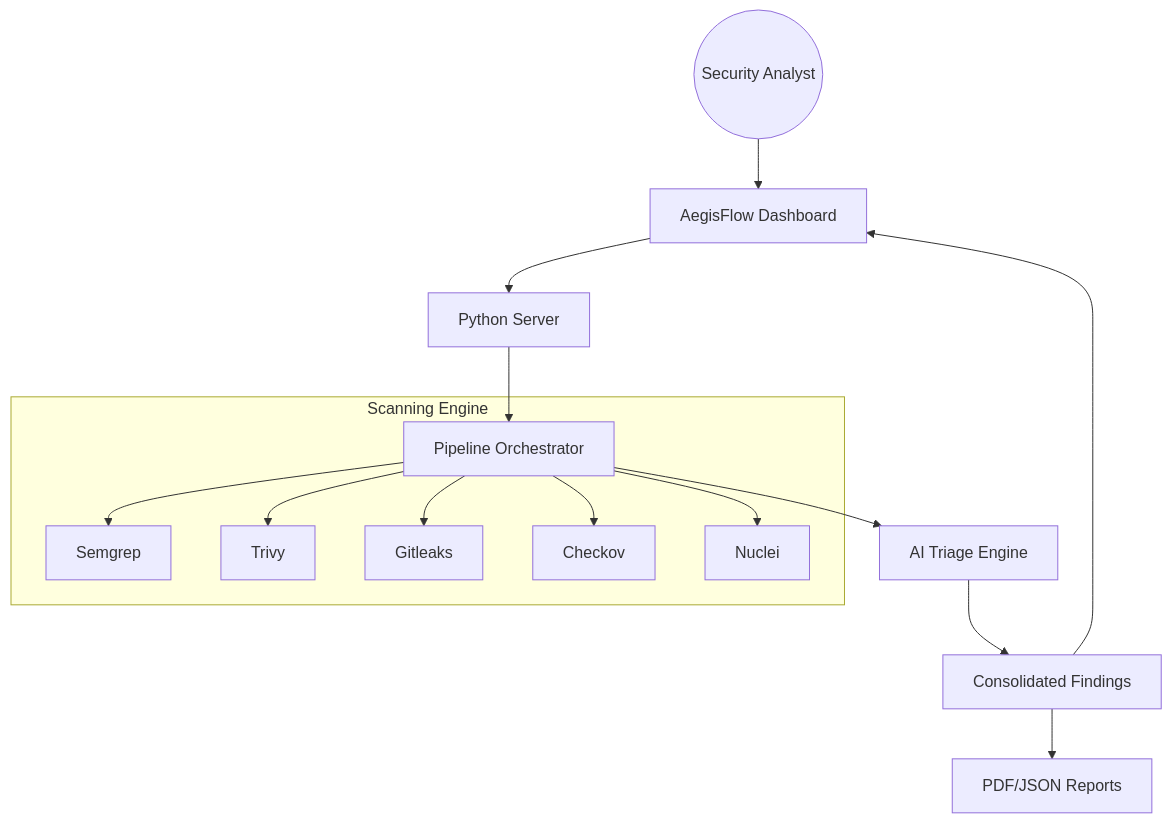
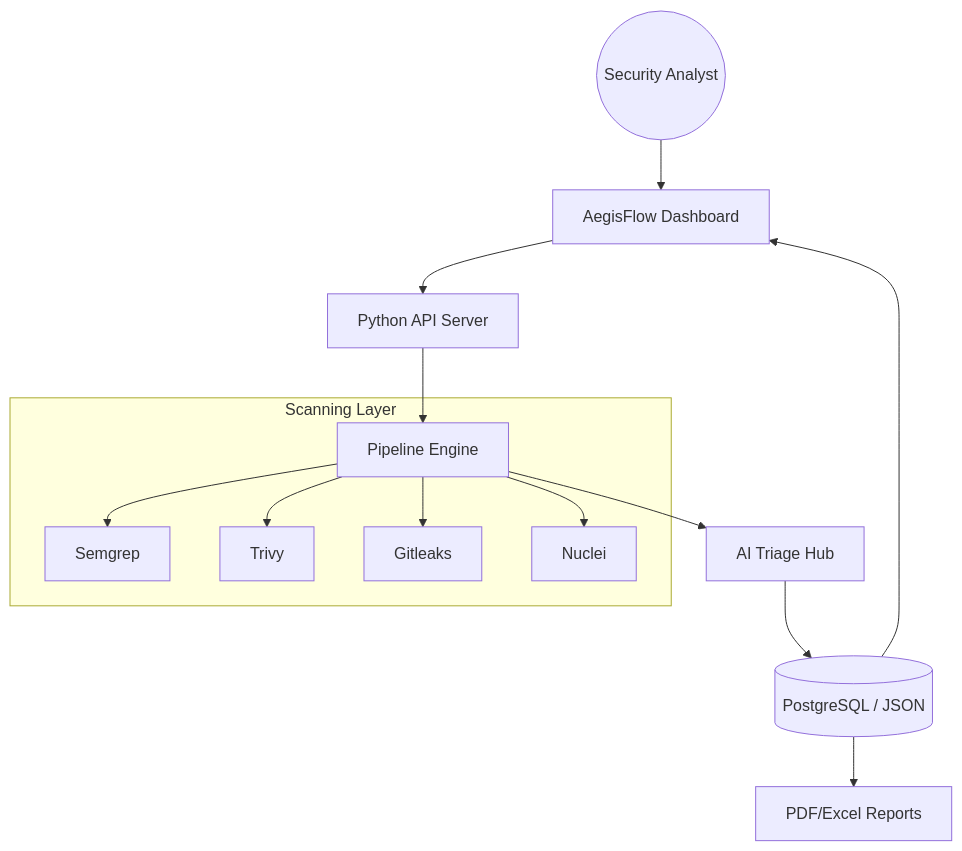
One commit to luonglt20/AegisFlow changed the diagram in README.md. Above: the diagram before and after it, drawn with Mermaid. The commit also changed other lines of this file and 1 other file, not shown here.

````diff
--- a/README.md
+++ b/README.md
@@ -14,19 +53,18 @@
 ```mermaid
 graph TD
     User((Security Analyst)) --> Dashboard[AegisFlow Dashboard]
-    Dashboard --> Server[Python Server]
-    Server --> Pipeline[Pipeline Orchestrator]
+    Dashboard --> Server[Python API Server]
+    Server --> Orchestrator[Pipeline Engine]
     
-    subgraph "Scanning Engine"
-        Pipeline --> SAST[Semgrep]
-        Pipeline --> SCA[Trivy]
-        Pipeline --> Secret[Gitleaks]
-        Pipeline --> IaC[Checkov]
-        Pipeline --> DAST[Nuclei]
+    subgraph "Scanning Layer"
+        Orchestrator --> SAST[Semgrep]
+        Orchestrator --> SCA[Trivy]
+        Orchestrator --> Secret[Gitleaks]
+        Orchestrator --> DAST[Nuclei]
     end
     
-    Pipeline --> AI[AI Triage Engine]
-    AI --> Findings[Consolidated Findings]
-    Findings --> Dashboard
-    Findings --> Reports[PDF/JSON Reports]
+    Orchestrator --> AI_Engine[AI Triage Hub]
+    AI_Engine --> Data[(PostgreSQL / JSON)]
+    Data --> Dashboard
+    Data --> Reports[PDF/Excel Reports]
 ```
````
